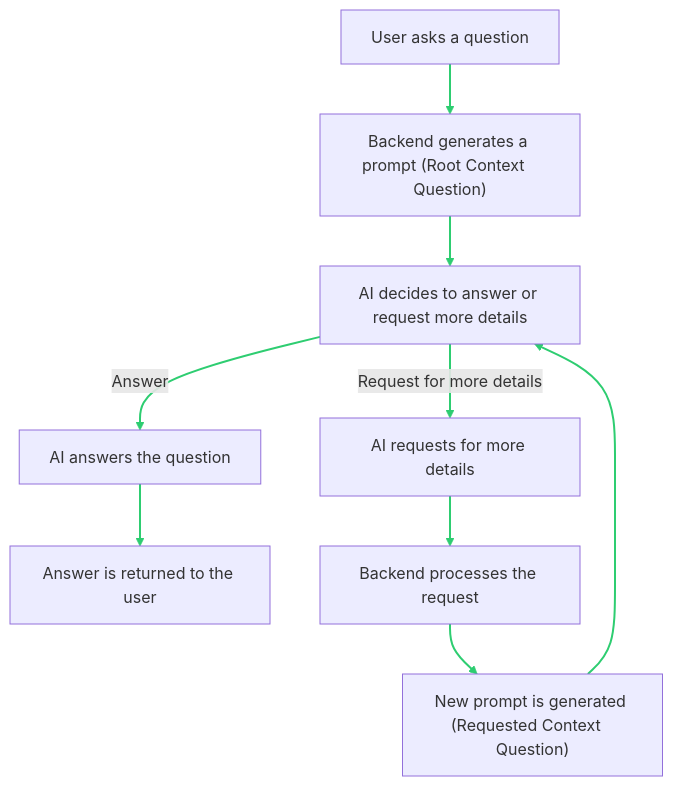
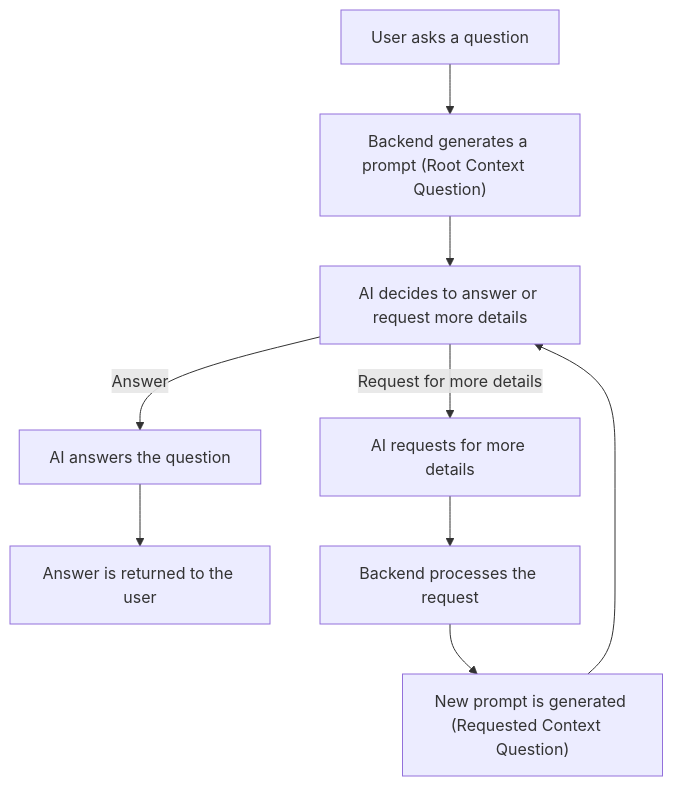
The second of 2 diagrams in README.md (DylanTao/CAC), drawn with Mermaid before and after one commit. The commit also changed other lines of this file, not shown here.

Commit message:
Remove flow chart line styling

````diff
--- a/README.md
+++ b/README.md
@@ -67,27 +64,19 @@
 ```mermaid
 graph TB
     A["User asks a question"]
     B["Backend generates a prompt (Root Context   Question)"]
     C["AI decides to answer or request more details"]
     D["AI answers the question"]
     E["Answer is returned to the user"]
     F["AI requests for more details"]
     G["Backend processes the request"]
     H["New prompt is generated (Requested Context   Question)"]
     A --> B
     B --> C
     C -- "Answer" --> D
     D --> E
     C -- "Request for more details" --> F
     F --> G
     G --> H
     H --> C
-    linkStyle 0 stroke:#2ecd71,stroke-width:2px;
-    linkStyle 1 stroke:#2ecd71,stroke-width:2px;
-    linkStyle 2 stroke:#2ecd71,stroke-width:2px;
-    linkStyle 3 stroke:#2ecd71,stroke-width:2px;
-    linkStyle 4 stroke:#2ecd71,stroke-width:2px;
-    linkStyle 5 stroke:#2ecd71,stroke-width:2px;
-    linkStyle 6 stroke:#2ecd71,stroke-width:2px;
-    linkStyle 7 stroke:#2ecd71,stroke-width:2px;
 ```
````
